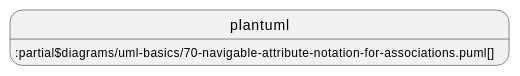
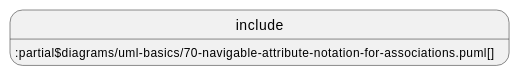
Before and after one commit to acplt/aas-specs: the ninth of 24 diagrams in documentation/IDTA-01001/modules/ROOT/pages/annex/uml.adoc, drawn with PlantUML. The commit also changed other lines of this file and 14 other files, not shown here.

First line of the commit message:
Revert "Use plantuml instead of include and test ./"

```diff
--- a/documentation/IDTA-01001/modules/ROOT/pages/annex/uml.adoc
+++ b/documentation/IDTA-01001/modules/ROOT/pages/annex/uml.adoc
@@ -152,4 +152,4 @@
 [plantuml, 70-navigable-attribute-notation-for-associations, svg]
 ....
-plantuml::partial$diagrams/uml-basics/70-navigable-attribute-notation-for-associations.puml[]
+include::partial$diagrams/uml-basics/70-navigable-attribute-notation-for-associations.puml[]
 ....
```
